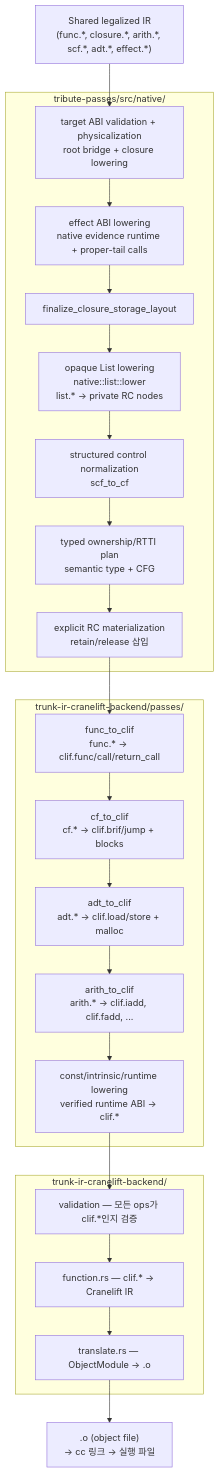
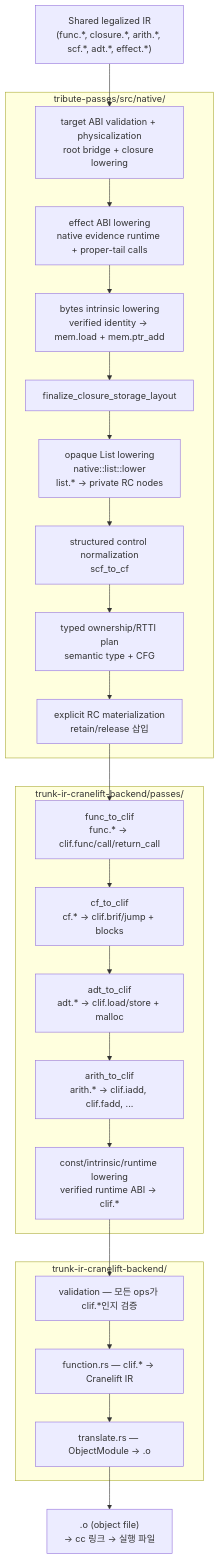
Before and after one commit to Kroisse/tribute: the second of 2 diagrams in new-plans/cranelift-backend.md, drawn with Mermaid. The commit also changed 10 other files, not shown here.

First line of the commit message:
Lower the native bytes intrinsic inside the representation/ABI boundary (#1158)

````diff
--- a/new-plans/cranelift-backend.md
+++ b/new-plans/cranelift-backend.md
@@ -85,34 +85,35 @@
 ```mermaid
 flowchart TB
     input["Shared legalized IR\n(func.*, closure.*, arith.*, scf.*, adt.*, effect.*)"]
 
     subgraph native_passes["tribute-passes/src/native/"]
         abi["target ABI validation + physicalization\nroot bridge + closure lowering"]
         effect["effect ABI lowering\nnative evidence runtime + proper-tail calls"]
+        bytes["bytes intrinsic lowering\nverified identity → mem.load + mem.ptr_add"]
         storage["finalize_closure_storage_layout"]
         list_lower["opaque List lowering\nnative::list::lower\nlist.* → private RC nodes"]
         cfg["structured control normalization\nscf_to_cf"]
         rc_plan["typed ownership/RTTI plan\nsemantic type + CFG"]
         rc_pass["explicit RC materialization\nretain/release 삽입"]
     end
 
     subgraph clif_passes["trunk-ir-cranelift-backend/passes/"]
         arith["arith_to_clif\narith.* → clif.iadd, clif.fadd, ..."]
         cf["cf_to_clif\ncf.* → clif.brif/jump + blocks"]
         adt["adt_to_clif\nadt.* → clif.load/store + malloc"]
         func["func_to_clif\nfunc.* → clif.func/call/return_call"]
         intrinsic["const/intrinsic/runtime lowering\nverified runtime ABI → clif.*"]
     end
 
     subgraph emit["trunk-ir-cranelift-backend/"]
         validate["validation — 모든 ops가 clif.*인지 검증"]
         codegen["function.rs — clif.* → Cranelift IR"]
         obj["translate.rs — ObjectModule → .o"]
     end
 
     output[".o (object file)\n→ cc 링크 → 실행 파일"]
 
-    input --> abi --> effect --> storage --> list_lower --> cfg --> rc_plan --> rc_pass
+    input --> abi --> effect --> bytes --> storage --> list_lower --> cfg --> rc_plan --> rc_pass
     rc_pass --> func --> cf --> adt --> arith --> intrinsic
     intrinsic --> validate --> codegen --> obj --> output
 ```
````
